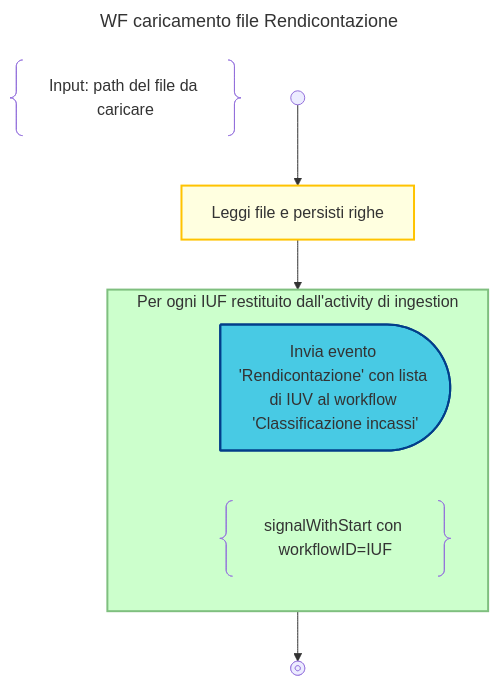
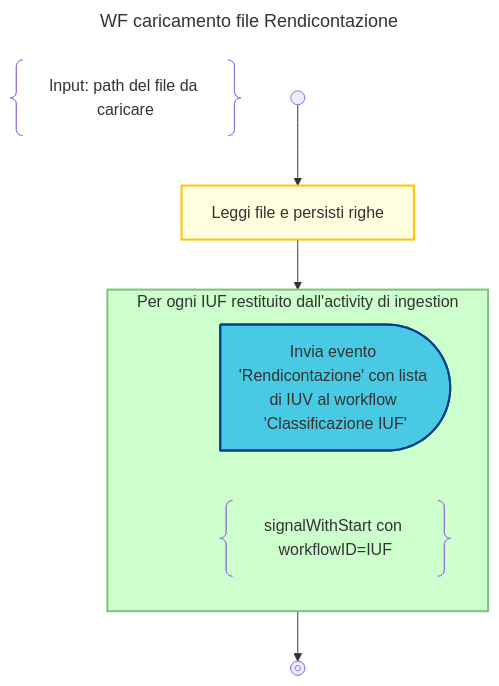
The diagram in design/workflow/classificazioneIncassi/rendicontazione-ingestion.mmd (pagopa/p4pa-doc), drawn with Mermaid before and after one commit. The commit also changed 11 other files, not shown here.

Commit message:
P4ADEV-1358 review 'wf classificazione incassi'

```diff
--- a/design/workflow/classificazioneIncassi/rendicontazione-ingestion.mmd
+++ b/design/workflow/classificazioneIncassi/rendicontazione-ingestion.mmd
@@ -1,26 +1,26 @@
 ---
 title: WF caricamento file Rendicontazione
 ---
 flowchart TD
     DESCRIPTION@{ shape: braces, label: "Input: path del file da caricare" }
     START@{shape: start} --> INGESTION:::activity@{label: "Leggi file e persisti righe"}
 
     INGESTION --> LOOP
 
     subgraph LOOP["Per ogni IUF restituito dall'activity di ingestion"]
 
         %% dummy block added to have an empty line
         DUMMY:::disable-->SIGNAL
         linkStyle 2 display:none;
 
-        SIGNAL:::send-signal@{shape: delay, label: "Invia evento 'Rendicontazione' con lista di IUV al workflow 'Classificazione incassi'"}
+        SIGNAL:::send-signal@{shape: delay, label: "Invia evento 'Rendicontazione' con lista di IUV al workflow 'Classificazione IUF'"}
         NOTE@{ shape: braces, label: "signalWithStart con workflowID=IUF" }
     end
 
     LOOP --> END@{shape: stop}
     class LOOP loop
 
     classDef disable display:none;
     classDef activity fill:#FFFFE0, stroke:#ffc300, stroke-width:2px;
     classDef loop fill:#CCFFCC, stroke:#7FBF7F, stroke-width:2px, padding-bottom: 5px;
     classDef send-signal fill:#48cae4, stroke:#023e8a, stroke-width:2px
```
